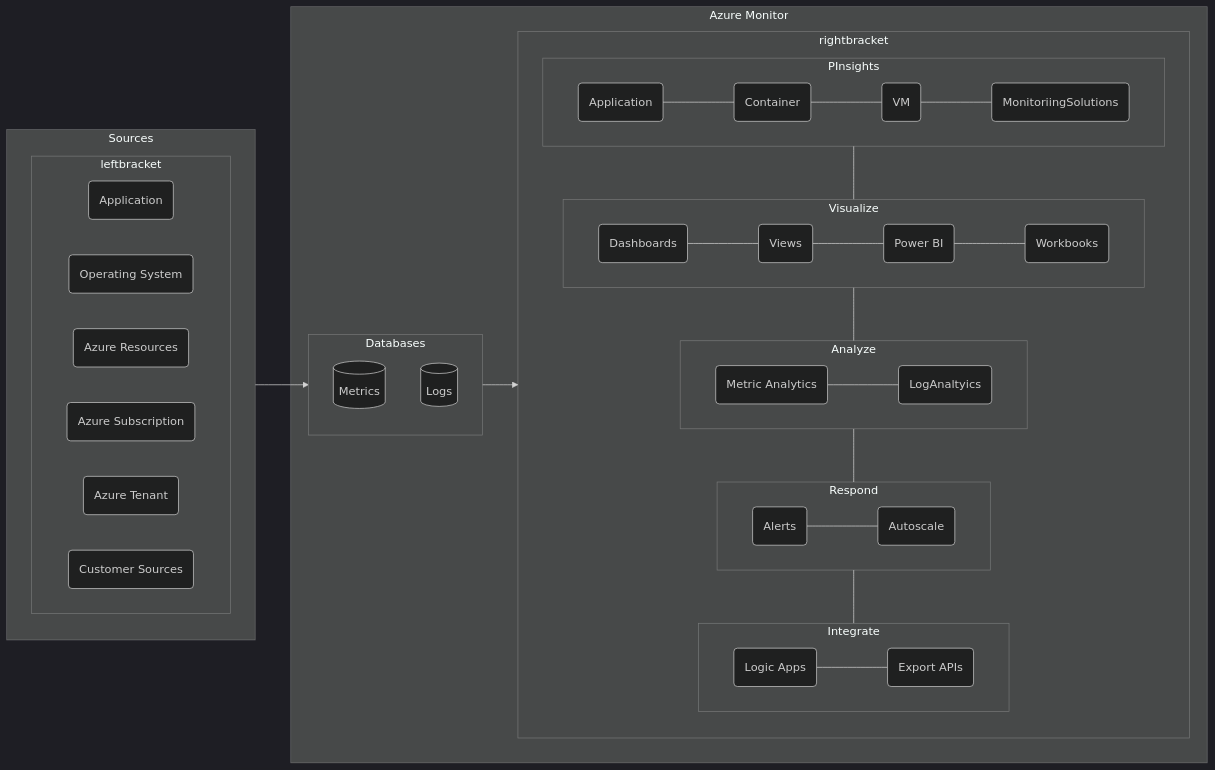
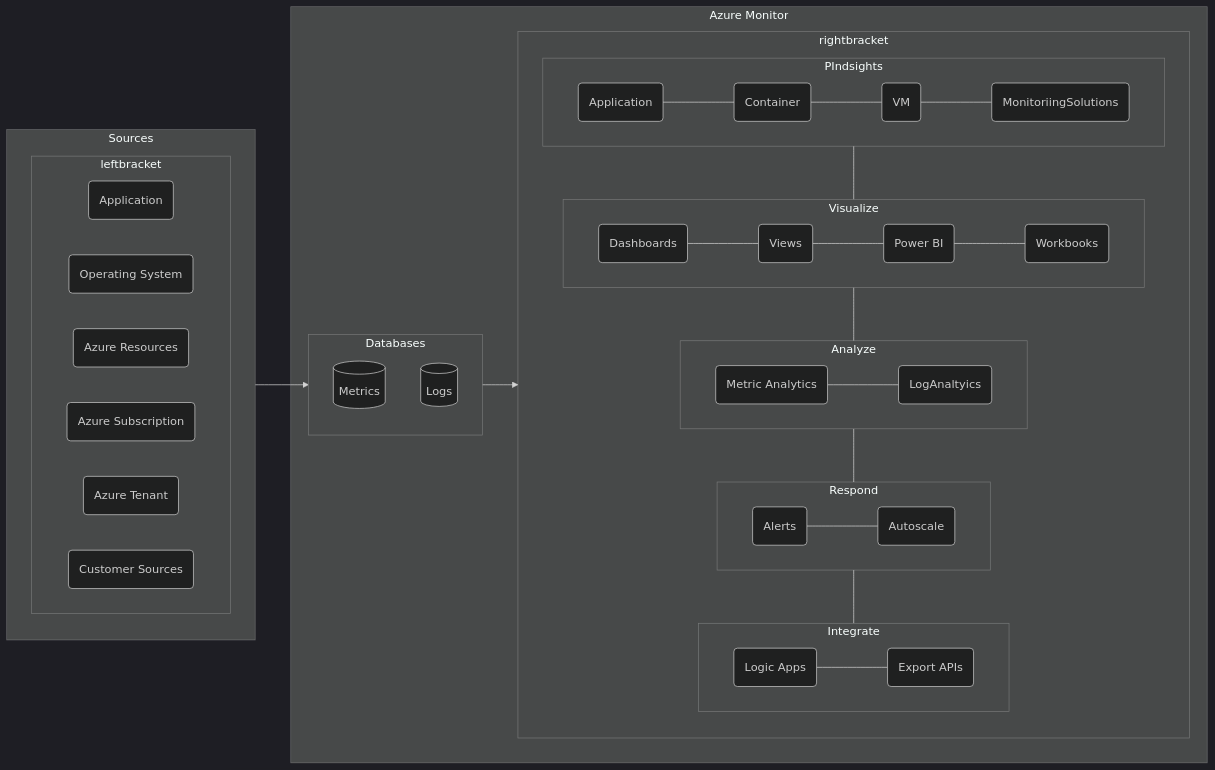
The diagram in singlesource/includes/azure-monitor-raw.mmd (IngridAtMicrosoft/DocsContent), drawn with Mermaid (dark theme) before and after one commit. The commit also changed 5 other files, not shown here.

```diff
--- a/singlesource/includes/azure-monitor-raw.mmd
+++ b/singlesource/includes/azure-monitor-raw.mmd
@@ -1,51 +1,51 @@
 flowchart LR
   subgraph am [Azure Monitor]
     subgraph databases [Databases]
       Metrics[(Metrics)]
       Logs[(Logs)]
     end
     subgraph rightbracket
-      subgraph insights [PInsights]
+      subgraph insights [PIndsights]
         Application(Application)
         Container(Container)
         VM(VM)
         MonitoringSolutions(MonitoriingSolutions)
       end
       subgraph visualize [Visualize]
         Dashboards(Dashboards)
         Views(Views)
         PowerBI(Power BI)
         Workbooks(Workbooks)
       end
       subgraph analyze [Analyze]
         MetricAnalytics(Metric Analytics)
         LogAnaltyics(LogAnaltyics)
       end
       subgraph respond [Respond]
         Alerts(Alerts)
         Autoscale(Autoscale)
       end
       subgraph integrate [Integrate]
         LogicApps(Logic Apps)
         ExportAPIs(Export APIs)
       end
      end
   end
   subgraph sources [Sources]
     subgraph leftbracket
      App(Application)
      OpSys(Operating System)
      AR(Azure Resources)
      Sub(Azure Subscription)
      AzT(Azure Tenant)
      Cust(Customer Sources)
      end
    end
 sources --> databases
 databases --> rightbracket
 Application --- Container --- VM --- MonitoringSolutions
 Dashboards --- Views --- PowerBI --- Workbooks
 MetricAnalytics --- LogAnaltyics
 Alerts --- Autoscale
 LogicApps --- ExportAPIs
 insights --- visualize --- analyze --- respond --- integrate
```
